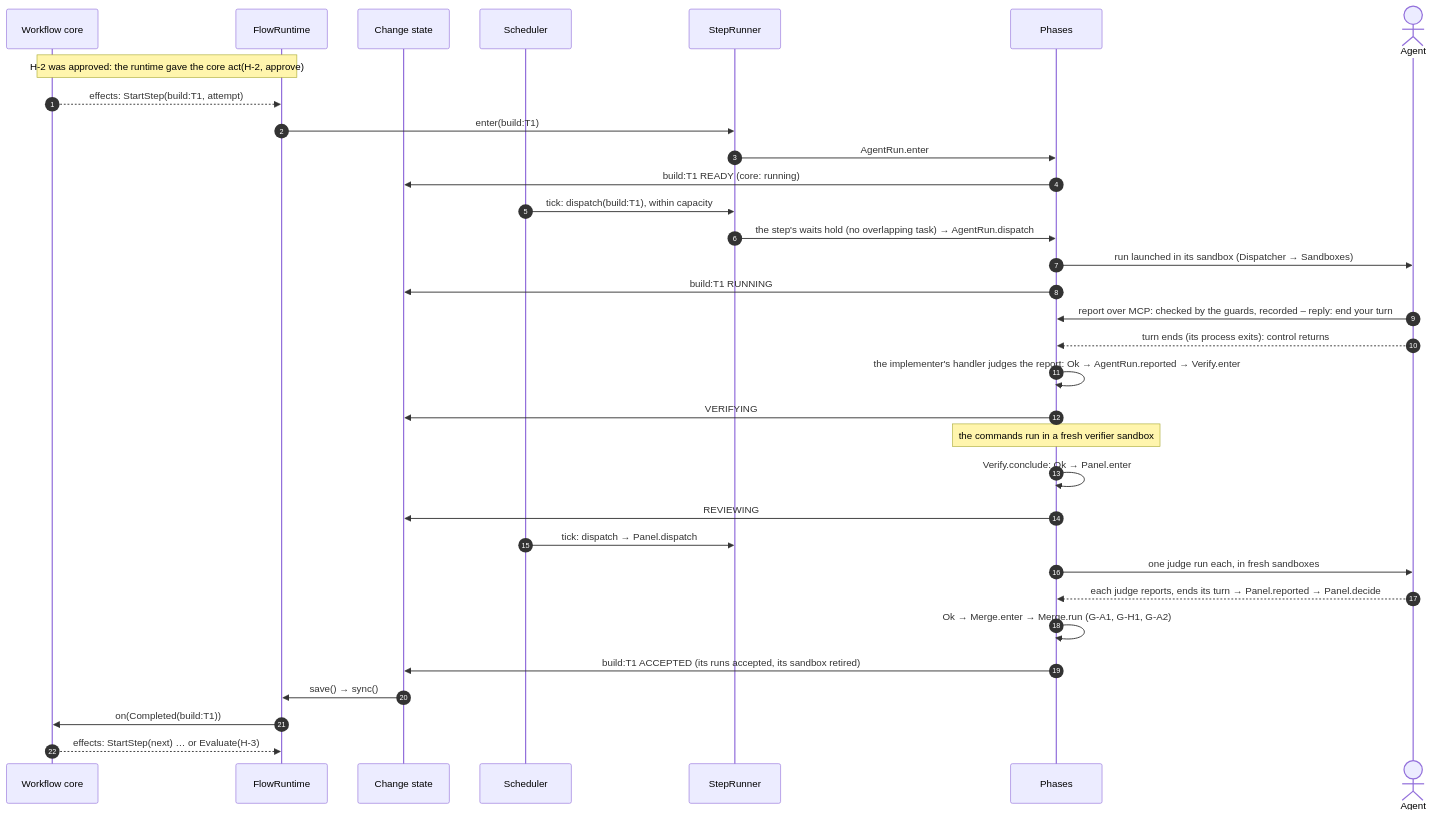
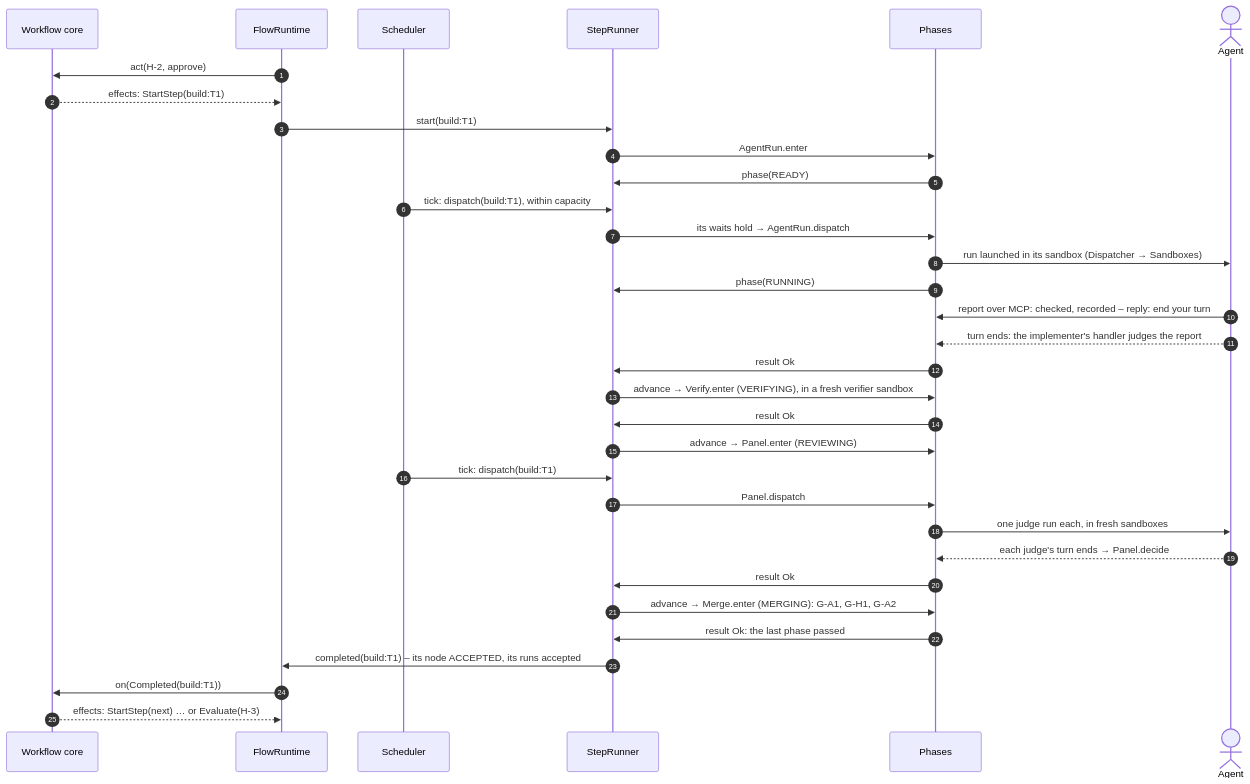
The second of 6 diagrams in docs/architecture.md (mr-miles/orchestrator), drawn with Mermaid before and after one commit. The commit also changed other lines of this file and 1 other file, not shown here.

````diff
--- a/docs/architecture.md
+++ b/docs/architecture.md
@@ -117,36 +118,36 @@
 ```mermaid
 sequenceDiagram
     autonumber
     participant Core as Workflow core
     participant RT as FlowRuntime
-    participant St as Change state
     participant Sch as Scheduler
     participant SR as StepRunner
     participant Ph as Phases
     actor Agent
 
-    Note over Core,RT: H-2 was approved: the runtime gave the core act(H-2, approve)
-    Core-->>RT: effects: StartStep(build:T1, attempt)
-    RT->>SR: enter(build:T1)
+    RT->>Core: act(H-2, approve)
+    Core-->>RT: effects: StartStep(build:T1)
+    RT->>SR: start(build:T1)
     SR->>Ph: AgentRun.enter
-    Ph->>St: build:T1 READY (core: running)
+    Ph->>SR: phase(READY)
     Sch->>SR: tick: dispatch(build:T1), within capacity
-    SR->>Ph: the step's waits hold (no overlapping task) → AgentRun.dispatch
+    SR->>Ph: its waits hold → AgentRun.dispatch
     Ph->>Agent: run launched in its sandbox (Dispatcher → Sandboxes)
-    Ph->>St: build:T1 RUNNING
-    Agent->>Ph: report over MCP: checked by the guards, recorded – reply: end your turn
-    Agent-->>Ph: turn ends (its process exits): control returns
-    Ph->>Ph: the implementer's handler judges the report: Ok → AgentRun.reported → Verify.enter
-    Ph->>St: VERIFYING
-    Note over Ph: the commands run in a fresh verifier sandbox
-    Ph->>Ph: Verify.conclude: Ok → Panel.enter
-    Ph->>St: REVIEWING
-    Sch->>SR: tick: dispatch → Panel.dispatch
+    Ph->>SR: phase(RUNNING)
+    Agent->>Ph: report over MCP: checked, recorded – reply: end your turn
+    Agent-->>Ph: turn ends: the implementer's handler judges the report
+    Ph->>SR: result Ok
+    SR->>Ph: advance → Verify.enter (VERIFYING), in a fresh verifier sandbox
+    Ph->>SR: result Ok
+    SR->>Ph: advance → Panel.enter (REVIEWING)
+    Sch->>SR: tick: dispatch(build:T1)
+    SR->>Ph: Panel.dispatch
     Ph->>Agent: one judge run each, in fresh sandboxes
-    Agent-->>Ph: each judge reports, ends its turn → Panel.reported → Panel.decide
-    Ph->>Ph: Ok → Merge.enter → Merge.run (G-A1, G-H1, G-A2)
-    Ph->>St: build:T1 ACCEPTED (its runs accepted, its sandbox retired)
-    St->>RT: save() → sync()
+    Agent-->>Ph: each judge's turn ends → Panel.decide
+    Ph->>SR: result Ok
+    SR->>Ph: advance → Merge.enter (MERGING): G-A1, G-H1, G-A2
+    Ph->>SR: result Ok: the last phase passed
+    SR->>RT: completed(build:T1) – its node ACCEPTED, its runs accepted
     RT->>Core: on(Completed(build:T1))
     Core-->>RT: effects: StartStep(next) … or Evaluate(H-3)
 ```
````
